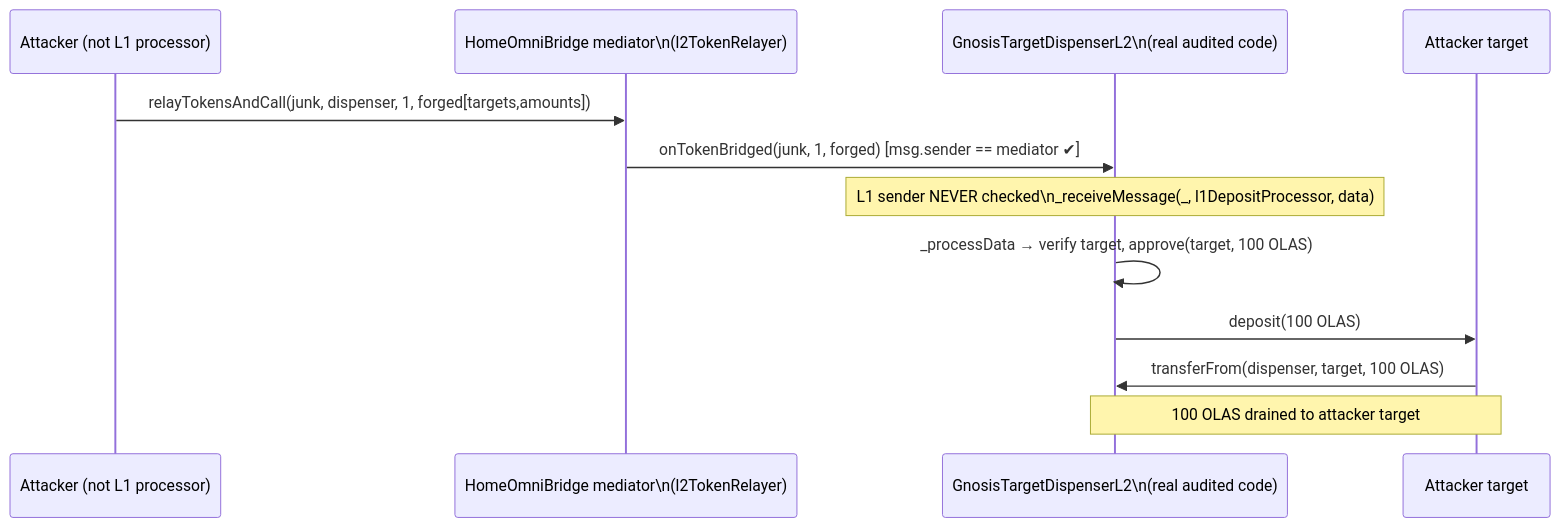
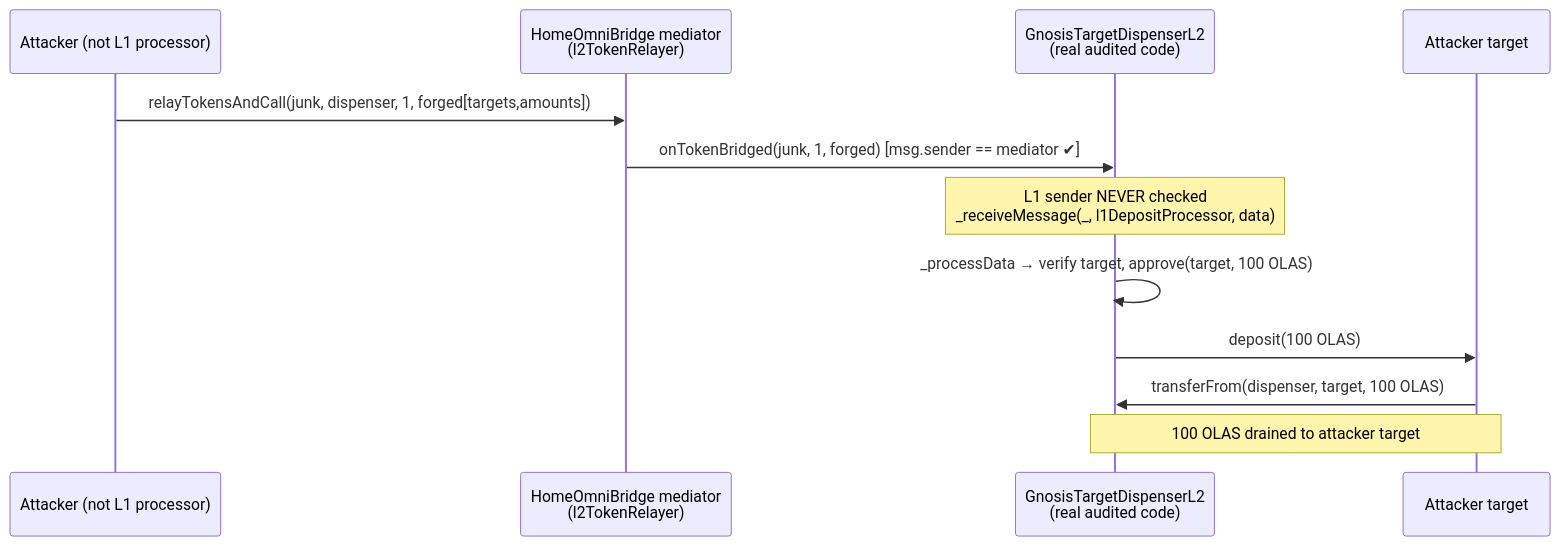
The diagram in 34921-h-02-arbitrary-tokens-and-data-can-be-bridged-to-gnosistarge_exp/34921-h-02-arbitrary-tokens-and-data-can-be-bridged-to-gnosistarge_exp.md (sanbir/evm-hack-registry), drawn with Mermaid before and after one commit. The commit also changed 23 other files, not shown here.

````diff
--- a/34921-h-02-arbitrary-tokens-and-data-can-be-bridged-to-gnosistarge_exp/34921-h-02-arbitrary-tokens-and-data-can-be-bridged-to-gnosistarge_exp.md
+++ b/34921-h-02-arbitrary-tokens-and-data-can-be-bridged-to-gnosistarge_exp/34921-h-02-arbitrary-tokens-and-data-can-be-bridged-to-gnosistarge_exp.md
@@ -64,14 +64,14 @@
 ```mermaid
 sequenceDiagram
     participant A as Attacker (not L1 processor)
-    participant B as HomeOmniBridge mediator\n(l2TokenRelayer)
-    participant D as GnosisTargetDispenserL2\n(real audited code)
+    participant B as HomeOmniBridge mediator<br/>(l2TokenRelayer)
+    participant D as GnosisTargetDispenserL2<br/>(real audited code)
     participant T as Attacker target
     A->>B: relayTokensAndCall(junk, dispenser, 1, forged[targets,amounts])
     B->>D: onTokenBridged(junk, 1, forged)   [msg.sender == mediator ✔]
-    Note over D: L1 sender NEVER checked\n_receiveMessage(_, l1DepositProcessor, data)
+    Note over D: L1 sender NEVER checked<br/>_receiveMessage(_, l1DepositProcessor, data)
     D->>D: _processData → verify target, approve(target, 100 OLAS)
     D->>T: deposit(100 OLAS)
     T->>D: transferFrom(dispenser, target, 100 OLAS)
     Note over D,T: 100 OLAS drained to attacker target
 ```
````
